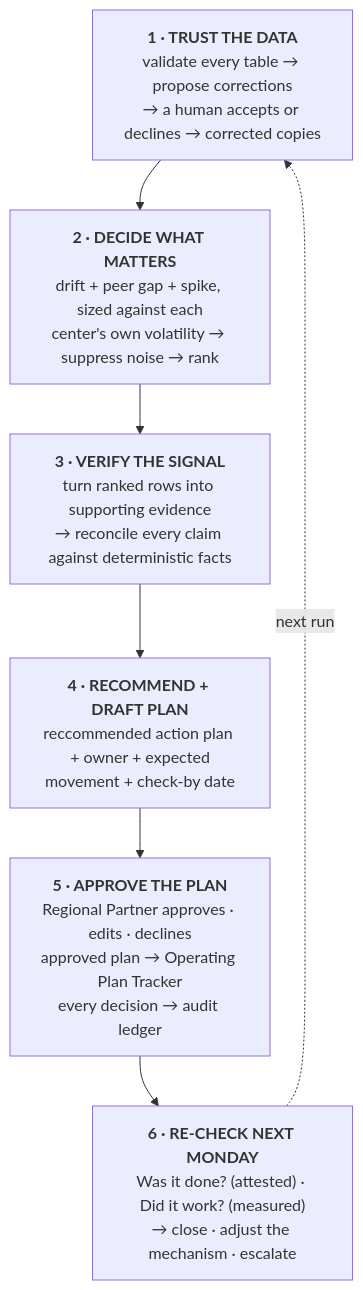
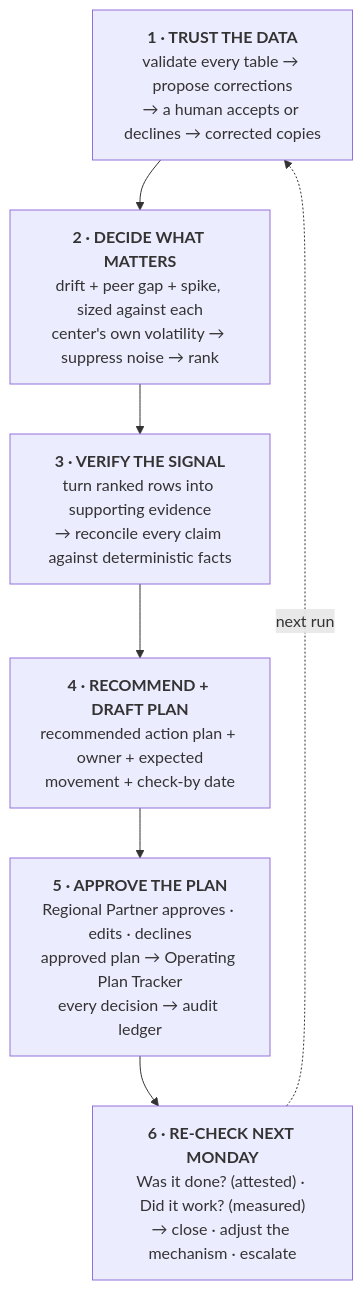
The diagram in README.md (ravejedii/petfolk-case-submission), drawn with Mermaid before and after one commit. The commit also changed other lines of this file, not shown here.

````diff
--- a/README.md
+++ b/README.md
@@ -91,11 +91,11 @@
 ```mermaid
 flowchart TD
     A["<b>1 · TRUST THE DATA</b><br/>validate every table → propose corrections<br/>→ a human accepts or declines → corrected copies"]
     B["<b>2 · DECIDE WHAT MATTERS</b><br/>drift + peer gap + spike, sized against each<br/>center's own volatility → suppress noise → rank"]
     C["<b>3 · VERIFY THE SIGNAL</b><br/>turn ranked rows into supporting evidence<br/>→ reconcile every claim against deterministic facts"]
-    D["<b>4 · RECOMMEND + DRAFT PLAN</b><br/>reccommended action plan + owner + expected<br/>movement + check-by date"]
+    D["<b>4 · RECOMMEND + DRAFT PLAN</b><br/>recommended action plan + owner + expected<br/>movement + check-by date"]
     E["<b>5 · APPROVE THE PLAN</b><br/>Regional Partner approves · edits · declines<br/>approved plan → Operating Plan Tracker<br/>every decision → audit ledger"]
     F["<b>6 · RE-CHECK NEXT MONDAY</b><br/>Was it done? (attested) · Did it work? (measured)<br/>→ close · adjust the mechanism · escalate"]
     A --> B --> C --> D --> E --> F
     F -. "next run" .-> A
 ```
````
